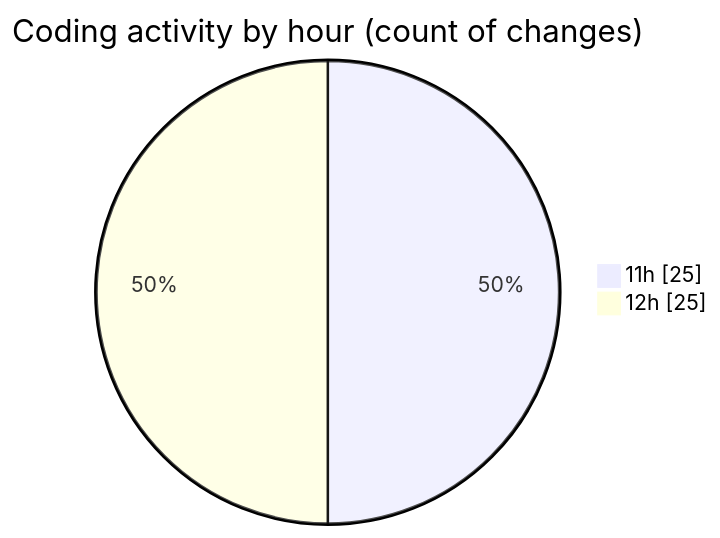
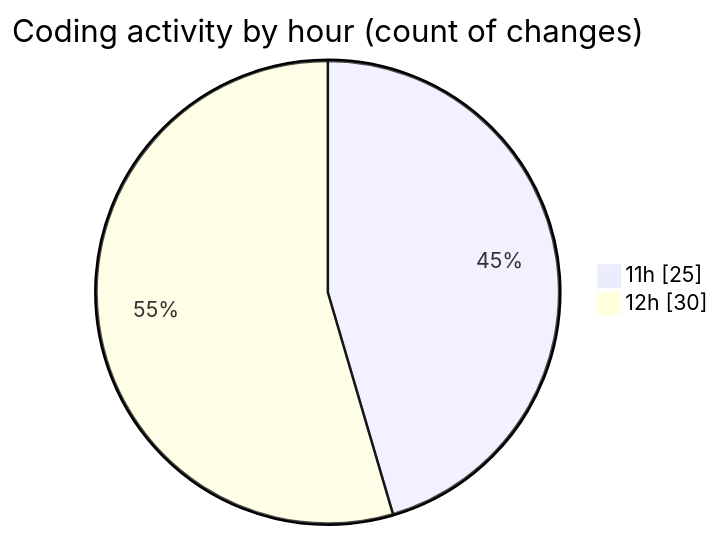
Before and after one commit to nxtqubesakshisongat/code-tracking: the second of 2 diagrams in 2025-08-13/nxtqube_webapp/README.md, drawn with Mermaid. The commit also changed other lines of this file and 1 other file, not shown here.

````diff
--- a/2025-08-13/nxtqube_webapp/README.md
+++ b/2025-08-13/nxtqube_webapp/README.md
@@ -32,6 +32,6 @@
 ```mermaid
 pie showData
 title Coding activity by hour (count of changes)
 "11h" : 25
-"12h" : 25
+"12h" : 30
 ```
````
